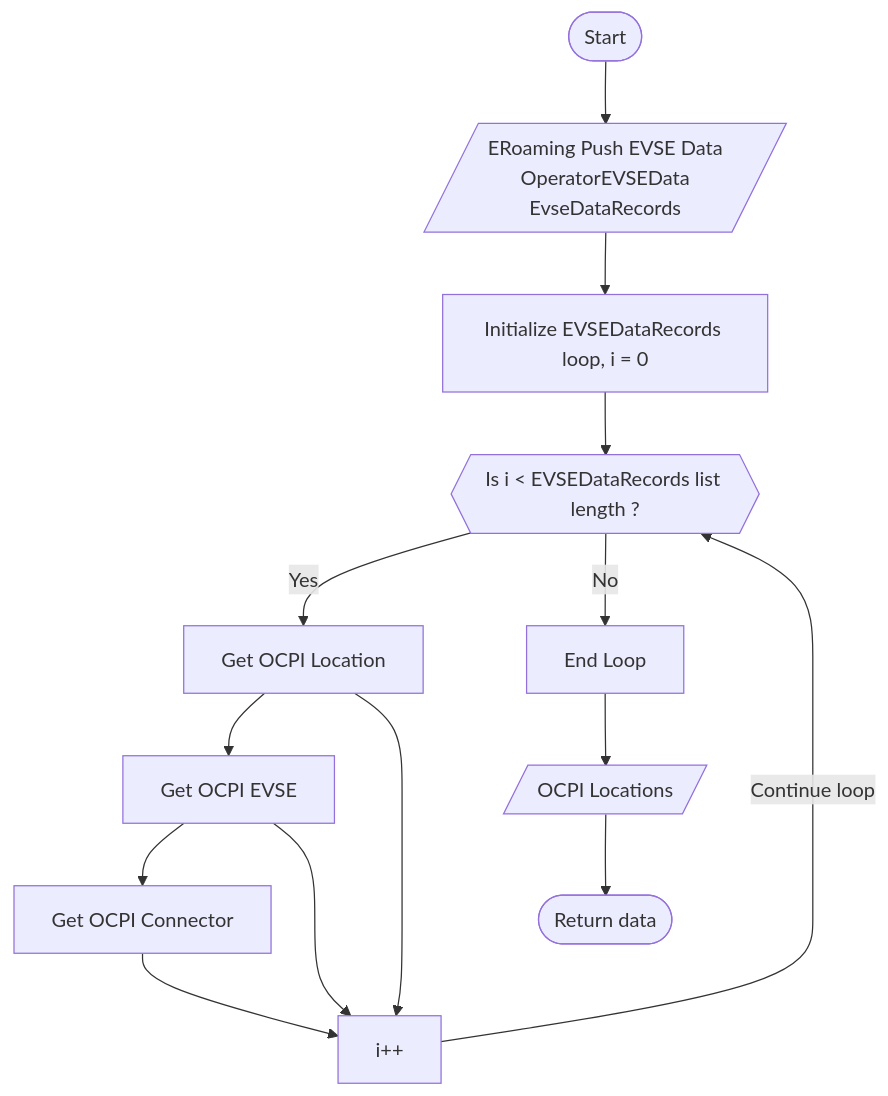
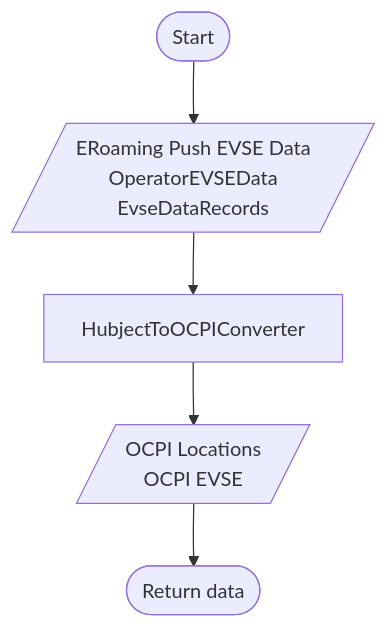
Before and after one commit to erkkiat/ocpi: the second of 2 diagrams in integrations/ReadMe.md, drawn with Mermaid.

Commit message:
Simplify the converter mermaid graphs

````diff
--- a/integrations/ReadMe.md
+++ b/integrations/ReadMe.md
@@ -31,20 +31,9 @@
 ```mermaid
 
 graph TD
     Start([Start]) --> A[/ERoaming Push EVSE Data <br> OperatorEVSEData <br> EvseDataRecords /]
-    A --> B[Initialize EVSEDataRecords loop, i = 0]
-    B --> C{{Is i < EVSEDataRecords list length ?}}
-    
-    C --> |Yes| D[Get OCPI Location]
-    D --> Evse[Get OCPI EVSE]
-    Evse --> Connectors[Get OCPI Connector]
-    D --> Increment[i++]
-    Evse --> Increment
-    Connectors --> Increment
-    
-    Increment --> |Continue loop|C
-    C -->|No| E[End Loop]
-    E --> F[/OCPI Locations/]
+    A --> Converter[HubjectToOCPIConverter]
+    Converter --> F[/OCPI Locations <br> OCPI EVSE/]
     F --> End([Return data])
     
 ```
````
